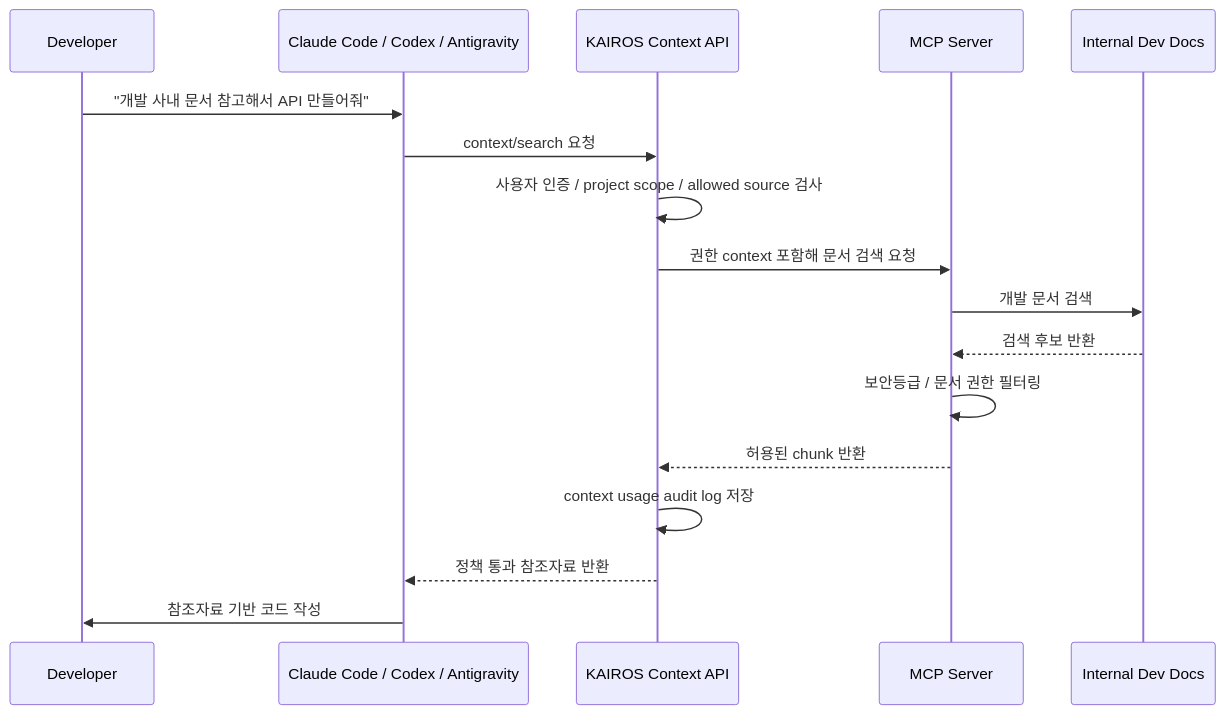
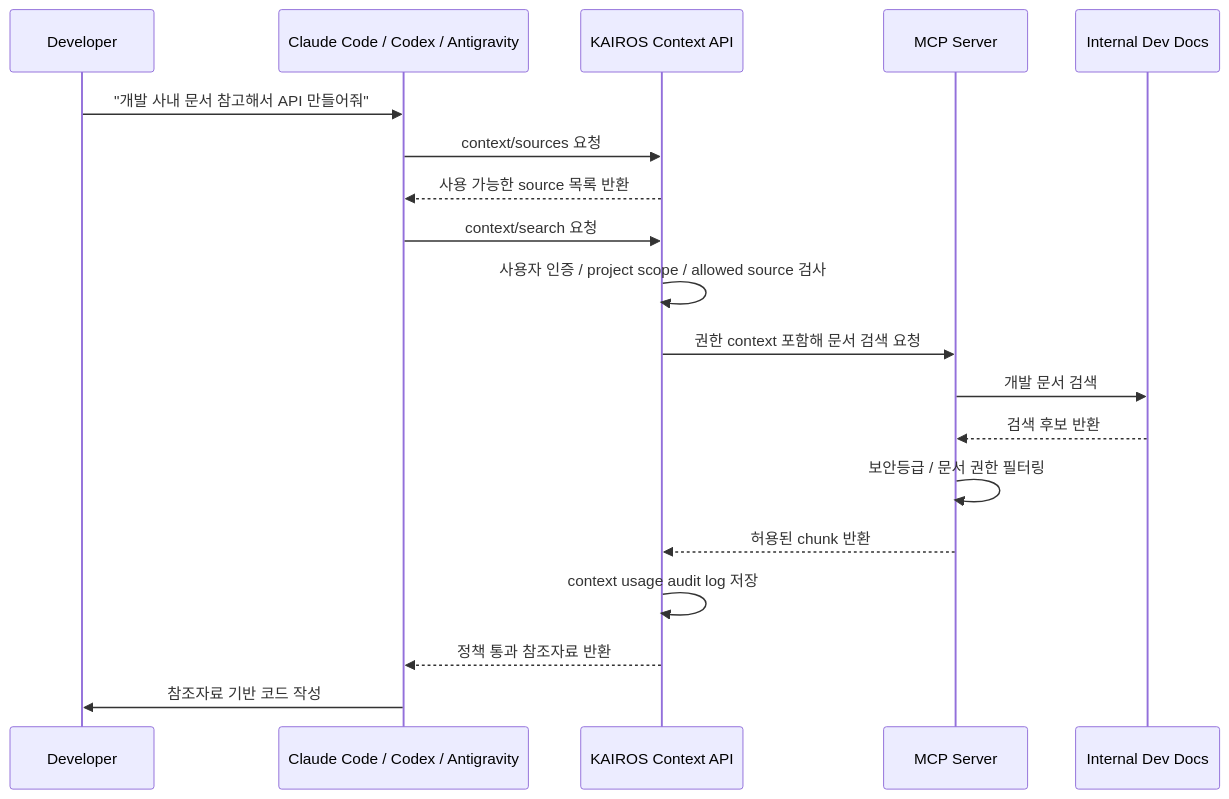
The second of 2 diagrams in kairos/README.md (Drawjustin/KAIROS), drawn with Mermaid before and after one commit. The commit also changed other lines of this file and 7 other files, not shown here.

````diff
--- a/kairos/README.md
+++ b/kairos/README.md
@@ -208,20 +210,22 @@
 ```mermaid
 sequenceDiagram
     participant Dev as Developer
     participant Agent as Claude Code / Codex / Antigravity
     participant K as KAIROS Context API
     participant M as MCP Server
     participant Docs as Internal Dev Docs
 
     Dev->>Agent: "개발 사내 문서 참고해서 API 만들어줘"
+    Agent->>K: context/sources 요청
+    K-->>Agent: 사용 가능한 source 목록 반환
     Agent->>K: context/search 요청
     K->>K: 사용자 인증 / project scope / allowed source 검사
     K->>M: 권한 context 포함해 문서 검색 요청
     M->>Docs: 개발 문서 검색
     Docs-->>M: 검색 후보 반환
     M->>M: 보안등급 / 문서 권한 필터링
     M-->>K: 허용된 chunk 반환
     K->>K: context usage audit log 저장
     K-->>Agent: 정책 통과 참조자료 반환
     Agent->>Dev: 참조자료 기반 코드 작성
 ```
````
